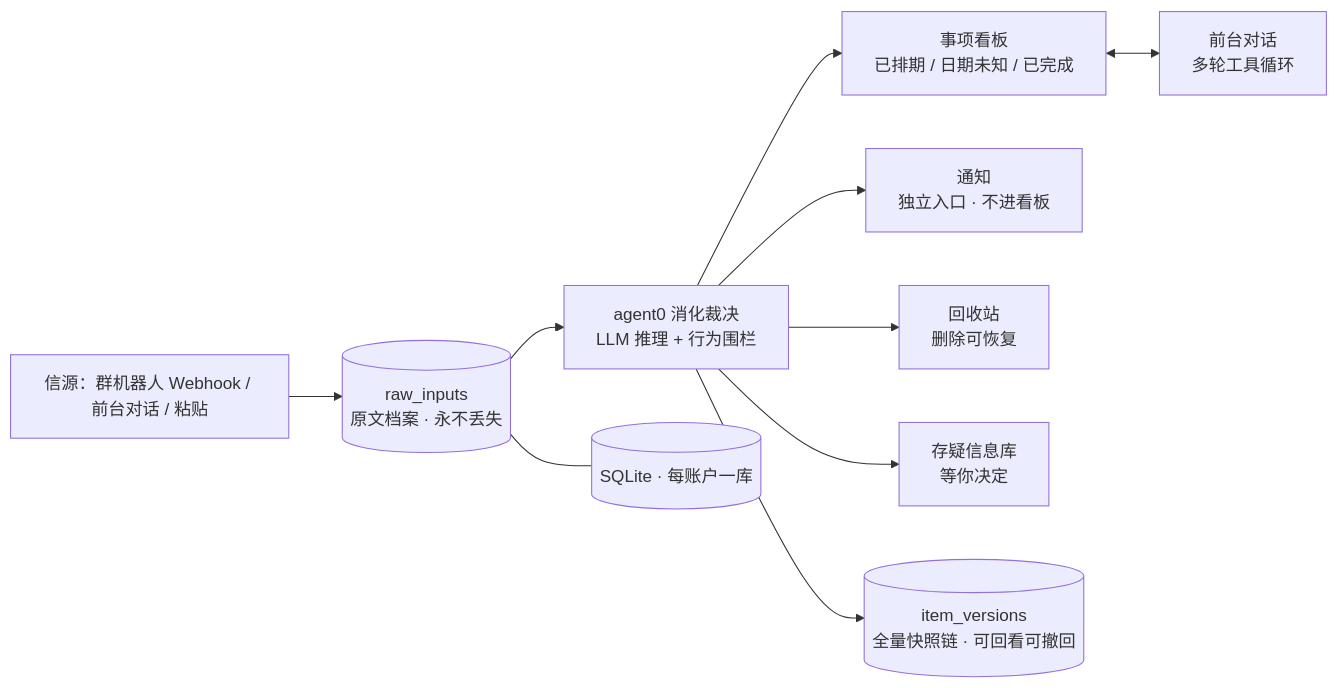
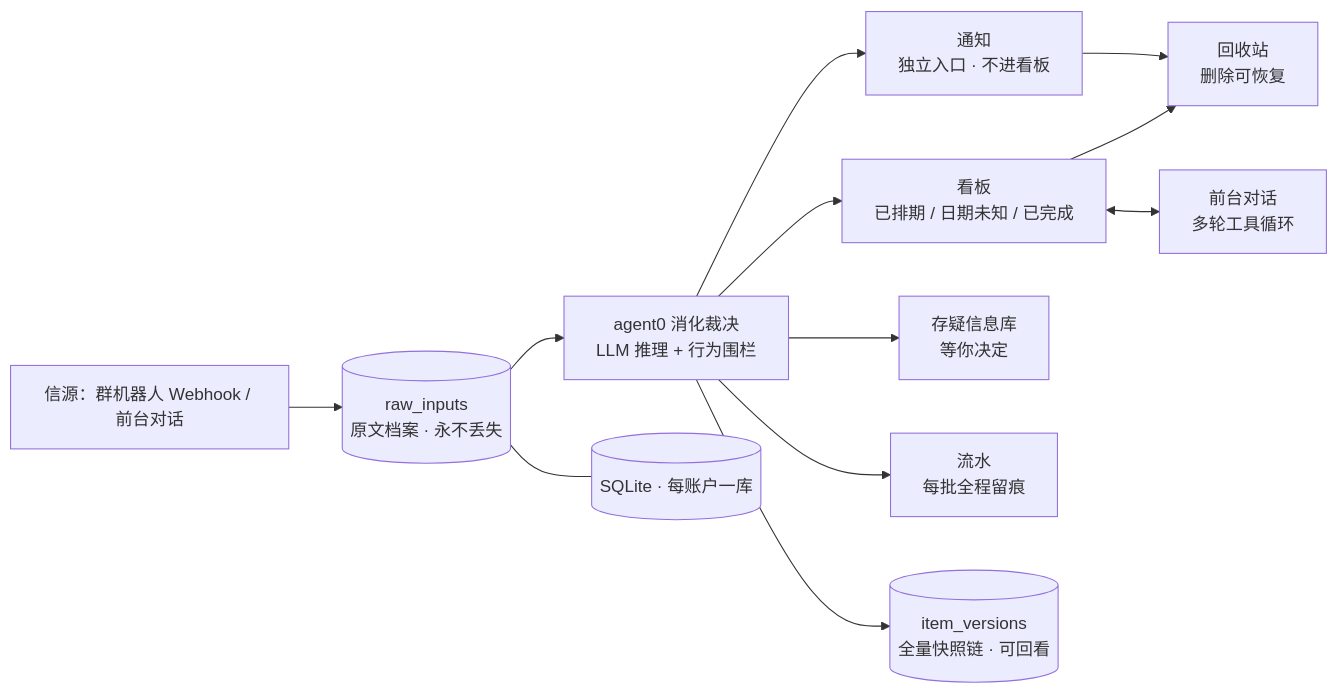
The diagram in README.md (Lotuses-robot/Summarizing), drawn with Mermaid before and after one commit. The commit also changed other lines of this file and 10 other files, not shown here.

First line of the commit message:
docs(README): 按当前界面重写，截图重拍到正文宽度，补「之后的计划」

````diff
--- a/README.md
+++ b/README.md
@@ -111,12 +140,14 @@
 ```mermaid
 flowchart LR
-    A["信源：群机器人 Webhook / 前台对话 / 粘贴"] --> R[("raw_inputs<br/>原文档案 · 永不丢失")]
+    A["信源：群机器人 Webhook / 前台对话"] --> R[("raw_inputs<br/>原文档案 · 永不丢失")]
     R --> G["agent0 消化裁决<br/>LLM 推理 + 行为围栏"]
-    G --> B["事项看板<br/>已排期 / 日期未知 / 已完成"]
+    G --> B["看板<br/>已排期 / 日期未知 / 已完成"]
     G --> N["通知<br/>独立入口 · 不进看板"]
-    G --> T["回收站<br/>删除可恢复"]
     G --> U["存疑信息库<br/>等你决定"]
-    G --> V[("item_versions<br/>全量快照链 · 可回看可撤回")]
+    G --> P["流水<br/>每批全程留痕"]
+    G --> V[("item_versions<br/>全量快照链 · 可回看")]
+    B --> T["回收站<br/>删除可恢复"]
+    N --> T
     B <--> C["前台对话<br/>多轮工具循环"]
     R --- F[("SQLite · 每账户一库")]
 ```
````
